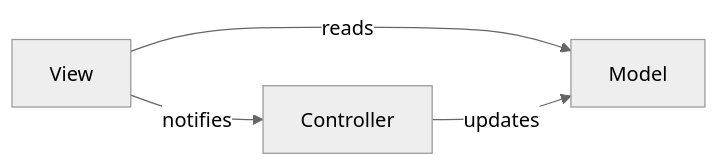
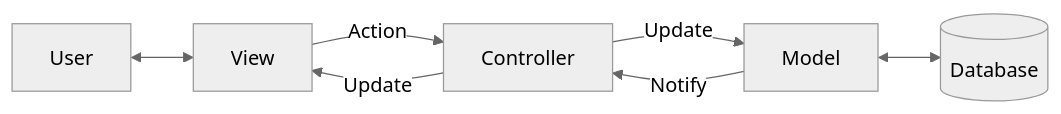
One commit to Dokeys/knollws-the-vocab changed the first of 4 diagrams in README.md. Above: the diagram before and after it, drawn with Mermaid (neutral theme).

Commit message:
Changed design flowchart of MVC pattern

````diff
--- a/README.md
+++ b/README.md
@@ -16,6 +16,10 @@
 ```mermaid
 flowchart LR
-    View-->|reads|Model
-    View-->|notifies|Controller
-    Controller-->|updates|Model
+    View-->|Action|Controller
+    Controller-->|Update|View
+    Model-->|Notify|Controller
+    Controller-->|Update|Model
+    
+    Model<-->Database[(Database)]
+    User<-->View
 ```
````
